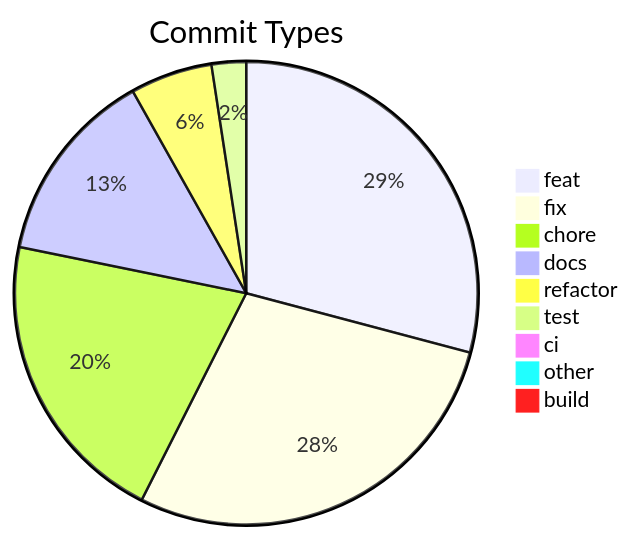
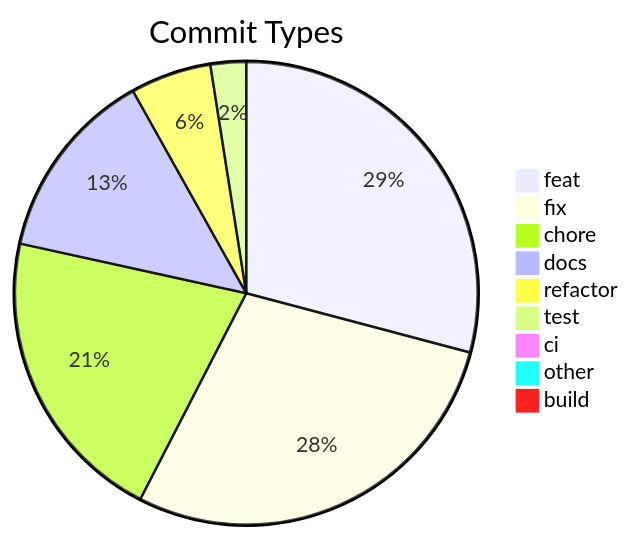
Before and after one commit to svenroth-ai/shipwright: the diagram in .shipwright/compliance/change-history.md, drawn with Mermaid. The commit also changed other lines of this file and 30 other files, not shown here.

````diff
--- a/.shipwright/compliance/change-history.md
+++ b/.shipwright/compliance/change-history.md
@@ -8,12 +8,12 @@
 ```mermaid
 pie title Commit Types
-    "feat" : 254
-    "fix" : 247
-    "chore" : 181
+    "feat" : 258
+    "fix" : 252
+    "chore" : 185
     "docs" : 119
     "refactor" : 50
-    "test" : 21
+    "test" : 22
     "ci" : 7
     "other" : 7
     "build" : 1
 ```
````
